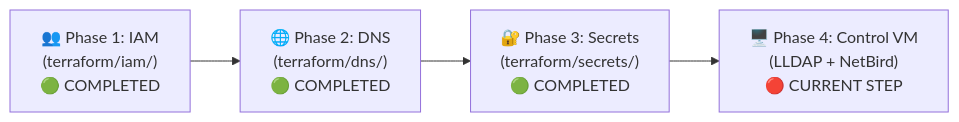
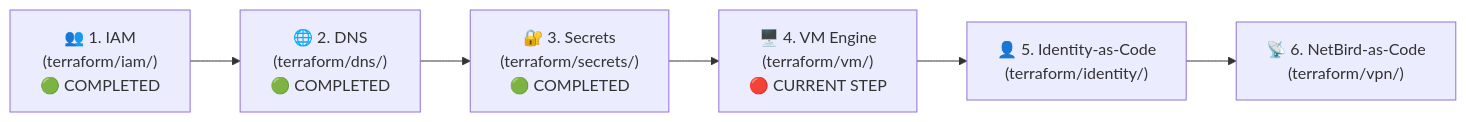
Before and after one commit to AIT-brainlab/brainlab-base: the diagram in mgmt/checklist.md, drawn with Mermaid. The commit also changed other lines of this file and 14 other files, not shown here.

Commit message:
Refactor management documentation: Update architecture details, enhance module descriptions, and clarify deployment sequences for a 100% Stateless GitOps control plane.

````diff
--- a/mgmt/checklist.md
+++ b/mgmt/checklist.md
@@ -19,4 +19,4 @@
 ```mermaid
 flowchart LR
-    Step1["👥 Phase 1: IAM<br/>(terraform/iam/)<br/>🟢 COMPLETED"] --> Step2["🌐 Phase 2: DNS<br/>(terraform/dns/)<br/>🟢 COMPLETED"] --> Step3["🔐 Phase 3: Secrets<br/>(terraform/secrets/)<br/>🟢 COMPLETED"] --> Step4["🖥️ Phase 4: Control VM<br/>(LLDAP + NetBird)<br/>🔴 CURRENT STEP"]
+    Step1["👥 1. IAM<br/>(terraform/iam/)<br/>🟢 COMPLETED"] --> Step2["🌐 2. DNS<br/>(terraform/dns/)<br/>🟢 COMPLETED"] --> Step3["🔐 3. Secrets<br/>(terraform/secrets/)<br/>🟢 COMPLETED"] --> Step4["🖥️ 4. VM Engine<br/>(terraform/vm/)<br/>🔴 CURRENT STEP"] --> Step5["👤 5. Identity-as-Code<br/>(terraform/identity/)"] --> Step6["📡 6. NetBird-as-Code<br/>(terraform/vpn/)"]
 ```
````
